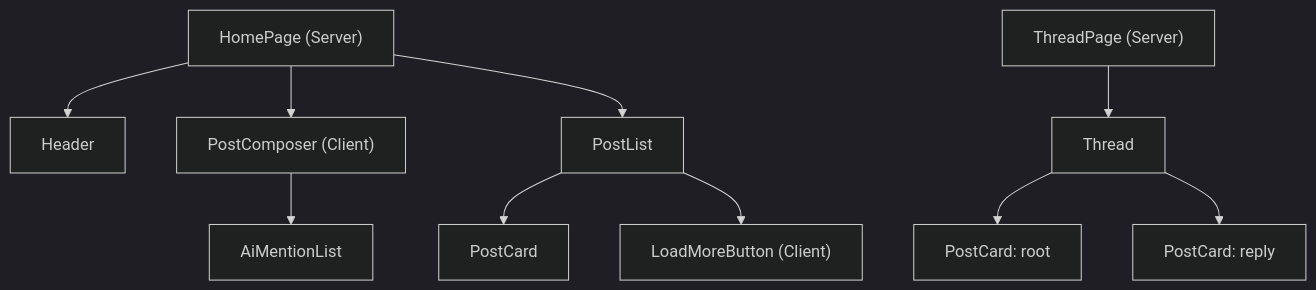
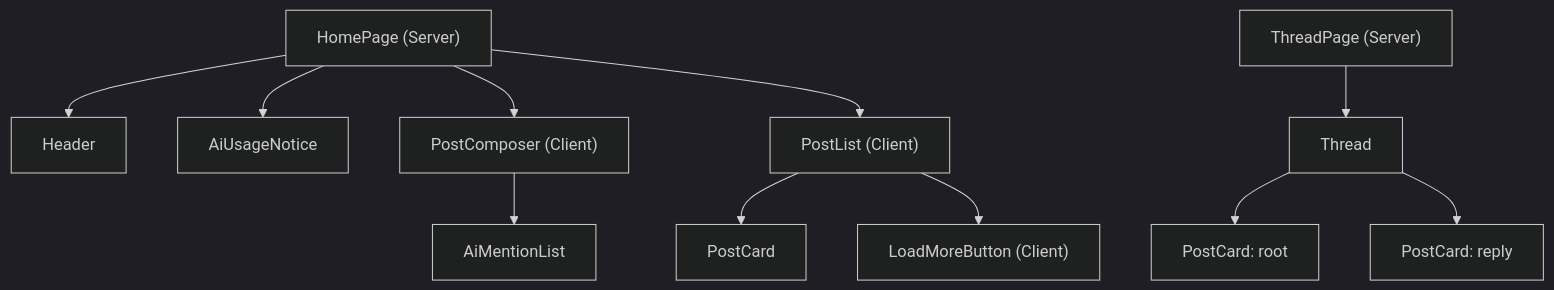
The sixth of 6 diagrams in docs/ARCHITECTURE.md (tomo-hoshino/ai-sns), drawn with Mermaid (dark theme) before and after one commit. The commit also changed other lines of this file and 7 other files, not shown here.

````diff
--- a/docs/ARCHITECTURE.md
+++ b/docs/ARCHITECTURE.md
@@ -336,13 +354,14 @@
 ```mermaid
 flowchart TB
     Home["HomePage (Server)"] --> Header
+    Home --> Notice["AiUsageNotice"]
     Home --> Composer["PostComposer (Client)"]
     Composer --> Mentions["AiMentionList"]
-    Home --> List["PostList"]
+    Home --> List["PostList (Client)"]
     List --> Card["PostCard"]
     List --> More["LoadMoreButton (Client)"]
 
     ThreadPage["ThreadPage (Server)"] --> Thread
     Thread --> RootCard["PostCard: root"]
     Thread --> ReplyCard["PostCard: reply"]
 ```
````
